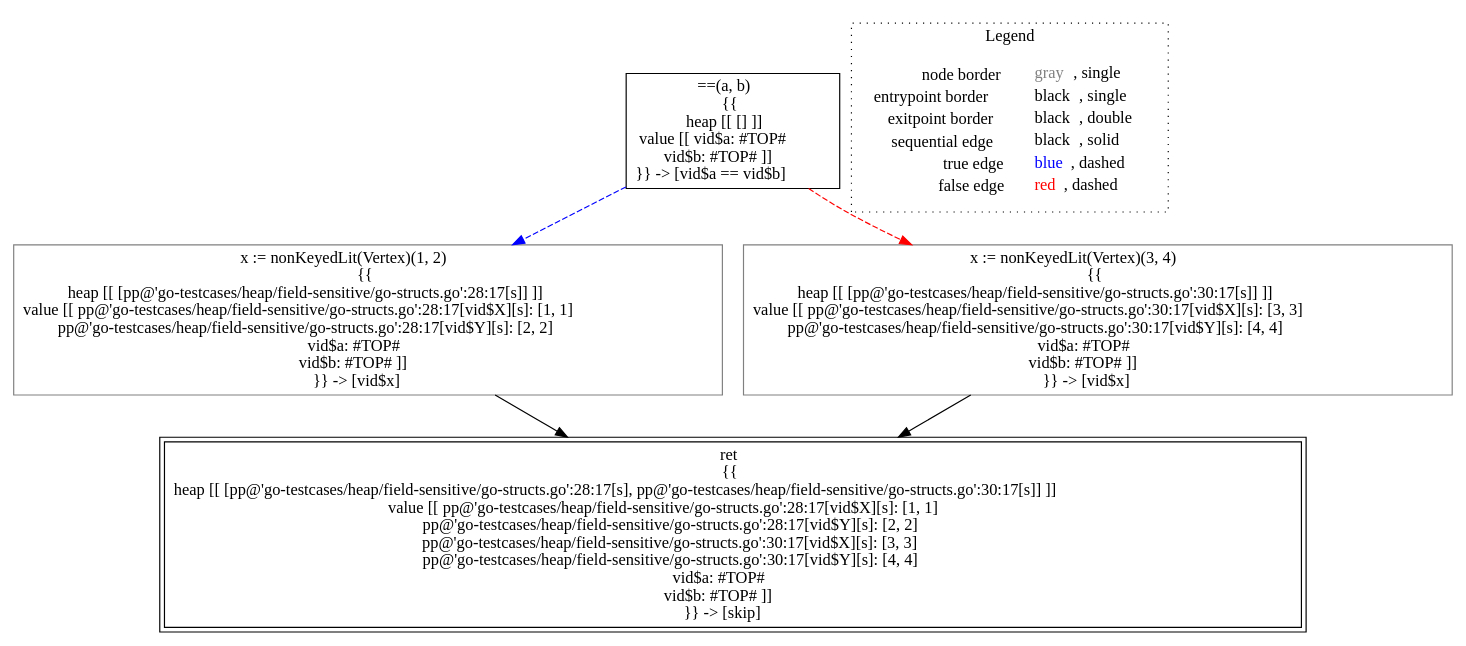
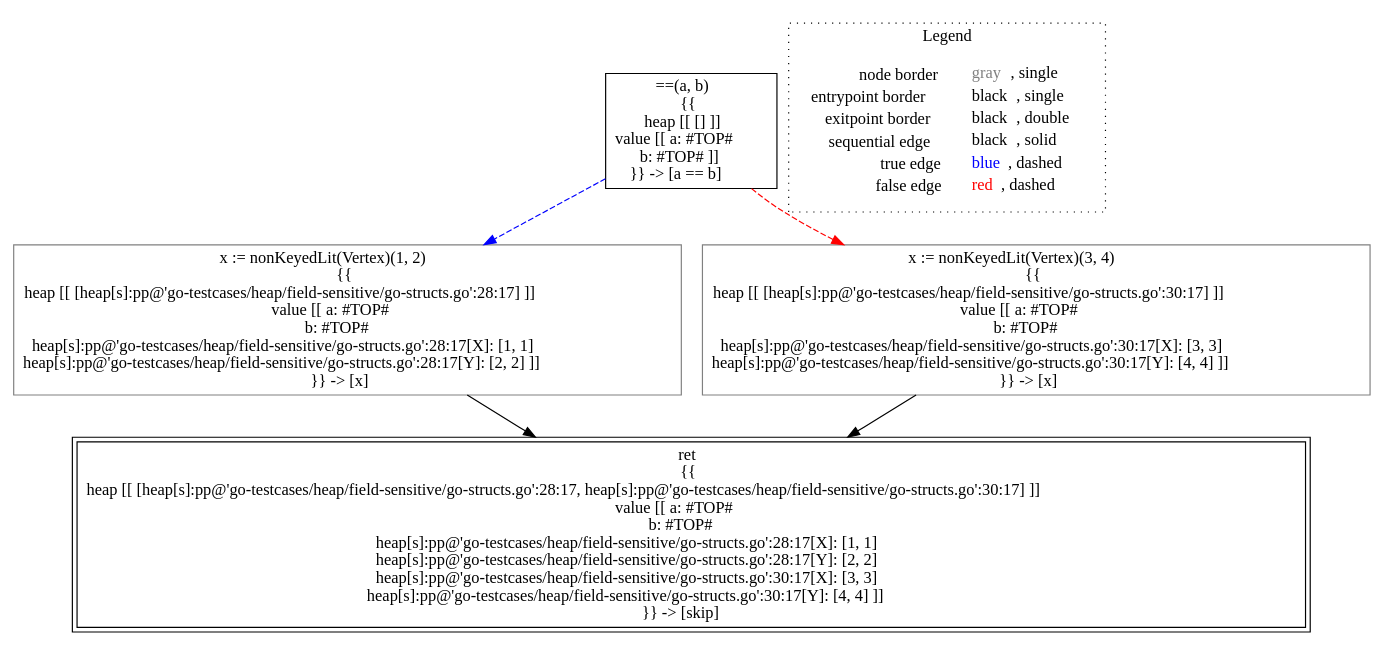
Before and after one commit to lisa-analyzer/go-lisa: the diagram in go-lisa/go-testcases/heap/field-sensitive/analysis___untyped_~LiSAProgram.ifAlloc(int_a,_int_b).dot, drawn with Graphviz. The commit also changed 11 other files, not shown here.

```diff
--- a/go-lisa/go-testcases/heap/field-sensitive/analysis___untyped_~LiSAProgram.ifAlloc(int_a,_int_b).dot
+++ b/go-lisa/go-testcases/heap/field-sensitive/analysis___untyped_~LiSAProgram.ifAlloc(int_a,_int_b).dot
@@ -1,17 +1,17 @@
 digraph {
-	"node0" [shape="rect",color="black",label=<==(a, b)<BR/>{{<BR/>heap [[ [] ]]<BR/>value [[ vid$a: #TOP#<BR/>vid$b: #TOP# ]]<BR/>}} -&gt; [vid$a == vid$b]>];
-	"node1" [shape="rect",color="black",peripheries="2",label=<ret<BR/>{{<BR/>heap [[ [pp@'go-testcases/heap/field-sensitive/go-structs.go':28:17[s], pp@'go-testcases/heap/field-sensitive/go-structs.go':30:17[s]] ]]<BR/>value [[ pp@'go-testcases/heap/field-sensitive/go-structs.go':28:17[vid$X][s]: [1, 1]<BR/>pp@'go-testcases/heap/field-sensitive/go-structs.go':28:17[vid$Y][s]: [2, 2]<BR/>pp@'go-testcases/heap/field-sensitive/go-structs.go':30:17[vid$X][s]: [3, 3]<BR/>pp@'go-testcases/heap/field-sensitive/go-structs.go':30:17[vid$Y][s]: [4, 4]<BR/>vid$a: #TOP#<BR/>vid$b: #TOP# ]]<BR/>}} -&gt; [skip]>];
-	"node2" [shape="rect",color="gray",label=<x := nonKeyedLit(Vertex)(1, 2)<BR/>{{<BR/>heap [[ [pp@'go-testcases/heap/field-sensitive/go-structs.go':28:17[s]] ]]<BR/>value [[ pp@'go-testcases/heap/field-sensitive/go-structs.go':28:17[vid$X][s]: [1, 1]<BR/>pp@'go-testcases/heap/field-sensitive/go-structs.go':28:17[vid$Y][s]: [2, 2]<BR/>vid$a: #TOP#<BR/>vid$b: #TOP# ]]<BR/>}} -&gt; [vid$x]>];
-	"node3" [shape="rect",color="gray",label=<x := nonKeyedLit(Vertex)(3, 4)<BR/>{{<BR/>heap [[ [pp@'go-testcases/heap/field-sensitive/go-structs.go':30:17[s]] ]]<BR/>value [[ pp@'go-testcases/heap/field-sensitive/go-structs.go':30:17[vid$X][s]: [3, 3]<BR/>pp@'go-testcases/heap/field-sensitive/go-structs.go':30:17[vid$Y][s]: [4, 4]<BR/>vid$a: #TOP#<BR/>vid$b: #TOP# ]]<BR/>}} -&gt; [vid$x]>];
-	"node0" -> "node2" [color="blue",style="dashed"];
-	"node0" -> "node3" [color="red",style="dashed"];
-	"node2" -> "node1" [color="black"];
-	"node3" -> "node1" [color="black"];
+	"node0" [shape="rect",color="black",label=<==(a, b)<BR/>{{<BR/>heap [[ [] ]]<BR/>value [[ a: #TOP#<BR/>b: #TOP# ]]<BR/>}} -&gt; [a == b]>];
+	"node1" [shape="rect",color="gray",label=<x := nonKeyedLit(Vertex)(1, 2)<BR/>{{<BR/>heap [[ [heap[s]:pp@'go-testcases/heap/field-sensitive/go-structs.go':28:17] ]]<BR/>value [[ a: #TOP#<BR/>b: #TOP#<BR/>heap[s]:pp@'go-testcases/heap/field-sensitive/go-structs.go':28:17[X]: [1, 1]<BR/>heap[s]:pp@'go-testcases/heap/field-sensitive/go-structs.go':28:17[Y]: [2, 2] ]]<BR/>}} -&gt; [x]>];
+	"node2" [shape="rect",color="gray",label=<x := nonKeyedLit(Vertex)(3, 4)<BR/>{{<BR/>heap [[ [heap[s]:pp@'go-testcases/heap/field-sensitive/go-structs.go':30:17] ]]<BR/>value [[ a: #TOP#<BR/>b: #TOP#<BR/>heap[s]:pp@'go-testcases/heap/field-sensitive/go-structs.go':30:17[X]: [3, 3]<BR/>heap[s]:pp@'go-testcases/heap/field-sensitive/go-structs.go':30:17[Y]: [4, 4] ]]<BR/>}} -&gt; [x]>];
+	"node3" [shape="rect",color="black",peripheries="2",label=<ret<BR/>{{<BR/>heap [[ [heap[s]:pp@'go-testcases/heap/field-sensitive/go-structs.go':28:17, heap[s]:pp@'go-testcases/heap/field-sensitive/go-structs.go':30:17] ]]<BR/>value [[ a: #TOP#<BR/>b: #TOP#<BR/>heap[s]:pp@'go-testcases/heap/field-sensitive/go-structs.go':28:17[X]: [1, 1]<BR/>heap[s]:pp@'go-testcases/heap/field-sensitive/go-structs.go':28:17[Y]: [2, 2]<BR/>heap[s]:pp@'go-testcases/heap/field-sensitive/go-structs.go':30:17[X]: [3, 3]<BR/>heap[s]:pp@'go-testcases/heap/field-sensitive/go-structs.go':30:17[Y]: [4, 4] ]]<BR/>}} -&gt; [skip]>];
+	"node1" -> "node3" [color="black"];
+	"node2" -> "node3" [color="black"];
+	"node0" -> "node1" [color="blue",style="dashed"];
+	"node0" -> "node2" [color="red",style="dashed"];
 subgraph cluster_legend {
 	label="Legend";
 	style=dotted;
 	node [shape=plaintext];
 	"legend" [label=<<table border="0" cellpadding="2" cellspacing="0" cellborder="0"><tr><td align="right">node border&nbsp;</td><td align="left"><font color="gray">gray</font>, single</td></tr><tr><td align="right">entrypoint border&nbsp;</td><td align="left"><font color="black">black</font>, single</td></tr><tr><td align="right">exitpoint border&nbsp;</td><td align="left"><font color="black">black</font>, double</td></tr><tr><td align="right">sequential edge&nbsp;</td><td align="left"><font color="black">black</font>, solid</td></tr><tr><td align="right">true edge&nbsp;</td><td align="left"><font color="blue">blue</font>, dashed</td></tr><tr><td align="right">false edge&nbsp;</td><td align="left"><font color="red">red</font>, dashed</td></tr></table>>];
 }
 
 }
```
